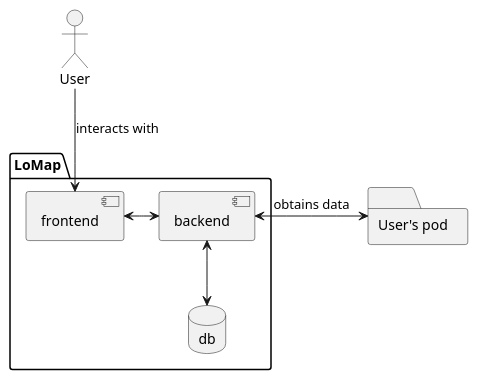
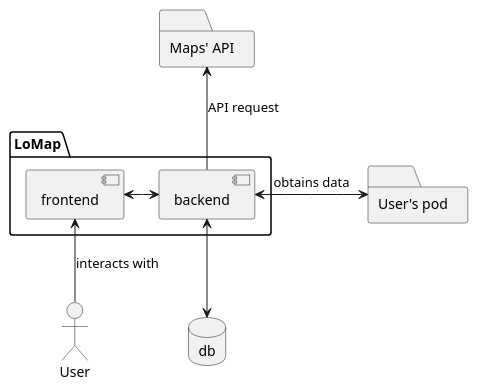
The second of 2 diagrams in docs/05_building_block_view.adoc (Arquisoft/lomap_es4a), drawn with PlantUML before and after one commit. The commit also changed other lines of this file, not shown here.

Commit message:
Corrección de los fallos en Building Block View
Nivel 1 -> Se incluye la representación de la API de mapas.
Nivel 2 -> La base de datos se representa como una entidad externa a la aplicación.

```diff
--- a/docs/05_building_block_view.adoc
+++ b/docs/05_building_block_view.adoc
@@ -97,17 +100,18 @@
 [plantuml, "level2", png]
 ----
 actor User
+database db
+folder api as "Maps' API"
+folder pod as "User's pod"
 package LoMap {
     component frontend
     component backend
-    database db
     
     frontend <-> backend
-    backend <--> db
 }
 
-folder pod as "User's pod"
-
-User --> frontend: interacts with
+backend -up-> api: API request
+User -up-> frontend: interacts with
 backend<-right-> pod: obtains data
+backend<--> db
 ----
```
